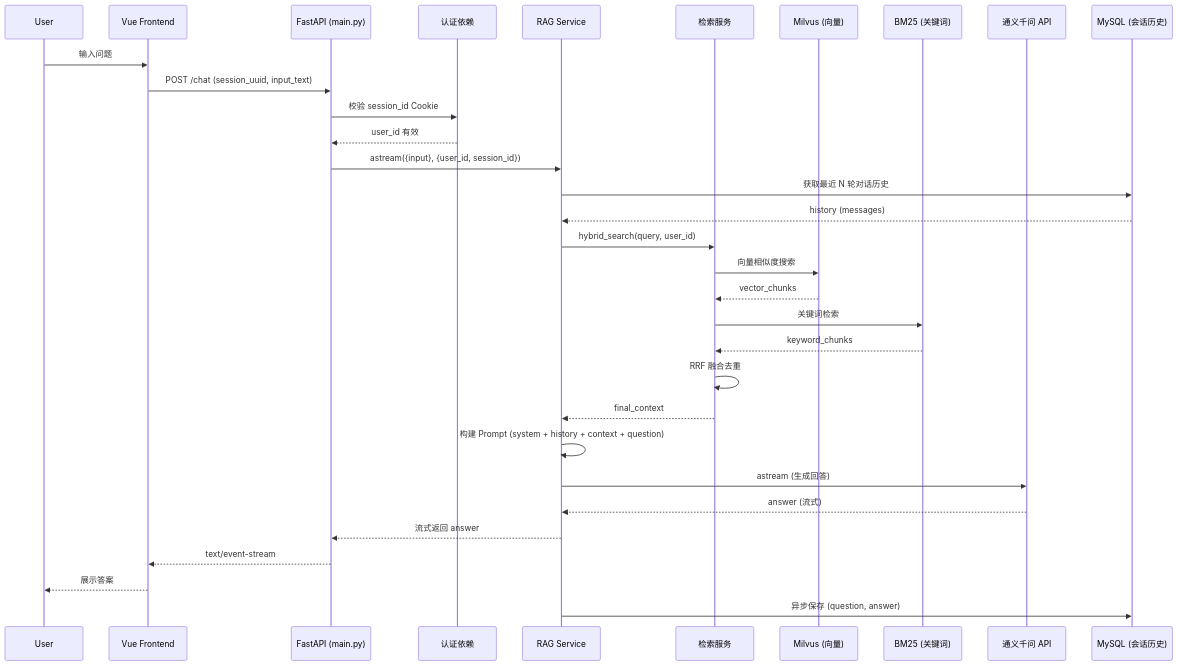
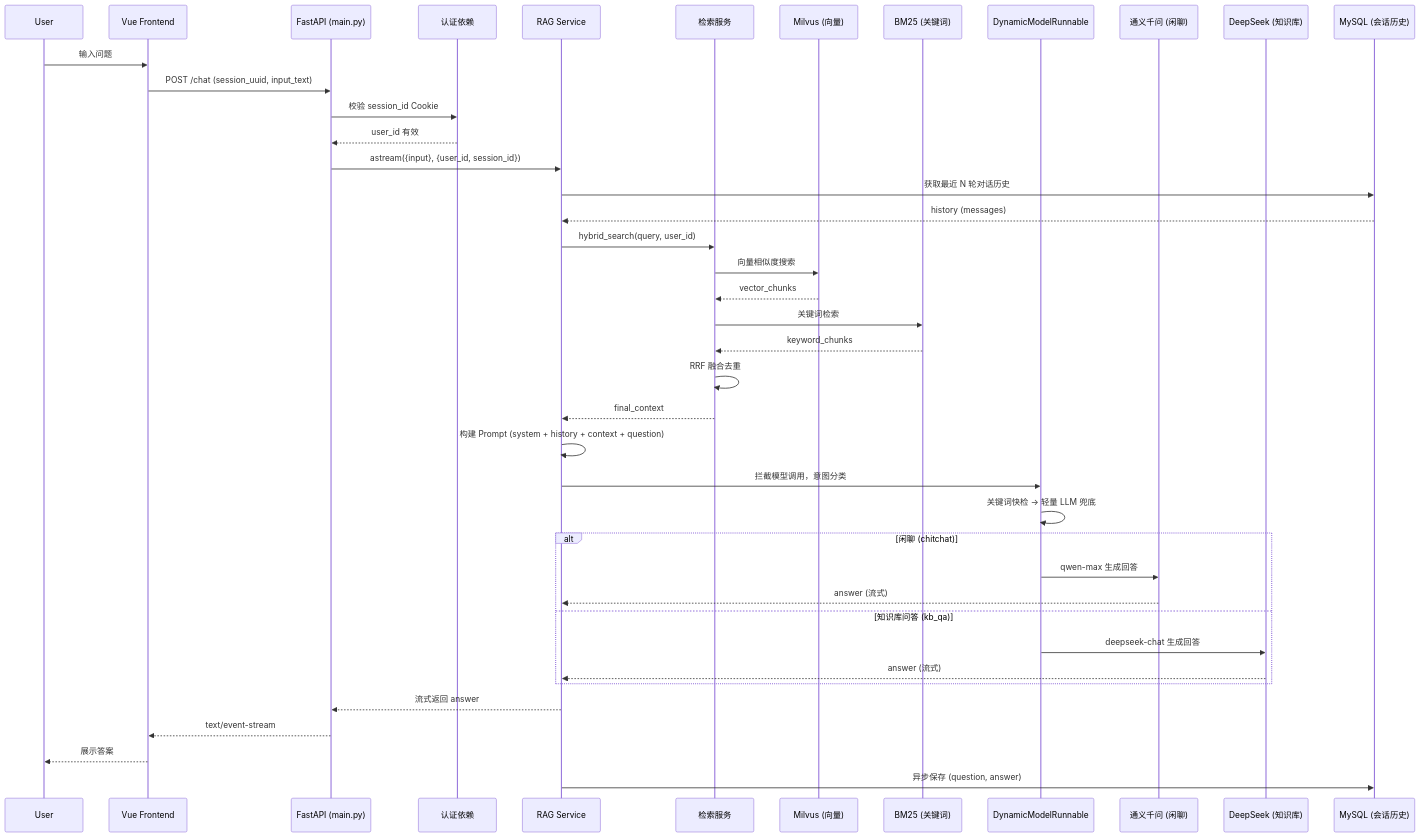
One commit to dujiafeng/Mem-RAG changed the first of 2 diagrams in README.md. Above: the diagram before and after it, drawn with Mermaid. The commit also changed other lines of this file and 4 other files, not shown here.

First line of the commit message:
新增 ModelRouter 动态模型路由：根据问题意图自动选择 qwen（闲聊）或 deepseek（知识库问答）

````diff
--- a/README.md
+++ b/README.md
@@ -99,41 +104,50 @@
 ```mermaid
 sequenceDiagram
     participant User
     participant Frontend as Vue Frontend
     participant API as FastAPI (main.py)
     participant Auth as 认证依赖
     participant RAGService as RAG Service
     participant Retrieval as 检索服务
     participant VectorDB as Milvus (向量)
     participant FullText as BM25 (关键词)
-    participant LLM as 通义千问 API
+    participant Router as DynamicModelRunnable
+    participant Qwen as 通义千问 (闲聊)
+    participant DeepSeek as DeepSeek (知识库)
     participant SessionDB as MySQL (会话历史)
 
     User->>Frontend: 输入问题
     Frontend->>API: POST /chat (session_uuid, input_text)
     API->>Auth: 校验 session_id Cookie
     Auth-->>API: user_id 有效
 
     API->>RAGService: astream({input}, {user_id, session_id})
 
     RAGService->>SessionDB: 获取最近 N 轮对话历史
     SessionDB-->>RAGService: history (messages)
 
     RAGService->>Retrieval: hybrid_search(query, user_id)
     Retrieval->>VectorDB: 向量相似度搜索
     VectorDB-->>Retrieval: vector_chunks
     Retrieval->>FullText: 关键词检索
     FullText-->>Retrieval: keyword_chunks
     Retrieval->>Retrieval: RRF 融合去重
     Retrieval-->>RAGService: final_context
 
     RAGService->>RAGService: 构建 Prompt (system + history + context + question)
-    RAGService->>LLM: astream (生成回答)
-    LLM-->>RAGService: answer (流式)
+    RAGService->>Router: 拦截模型调用，意图分类
+    Router->>Router: 关键词快检 → 轻量 LLM 兜底
+    alt 闲聊 (chitchat)
+        Router->>Qwen: qwen-max 生成回答
+        Qwen-->>RAGService: answer (流式)
+    else 知识库问答 (kb_qa)
+        Router->>DeepSeek: deepseek-chat 生成回答
+        DeepSeek-->>RAGService: answer (流式)
+    end
 
     RAGService-->>API: 流式返回 answer
     API-->>Frontend: text/event-stream
     Frontend-->>User: 展示答案
 
     RAGService->>SessionDB: 异步保存 (question, answer)
 ```
````
